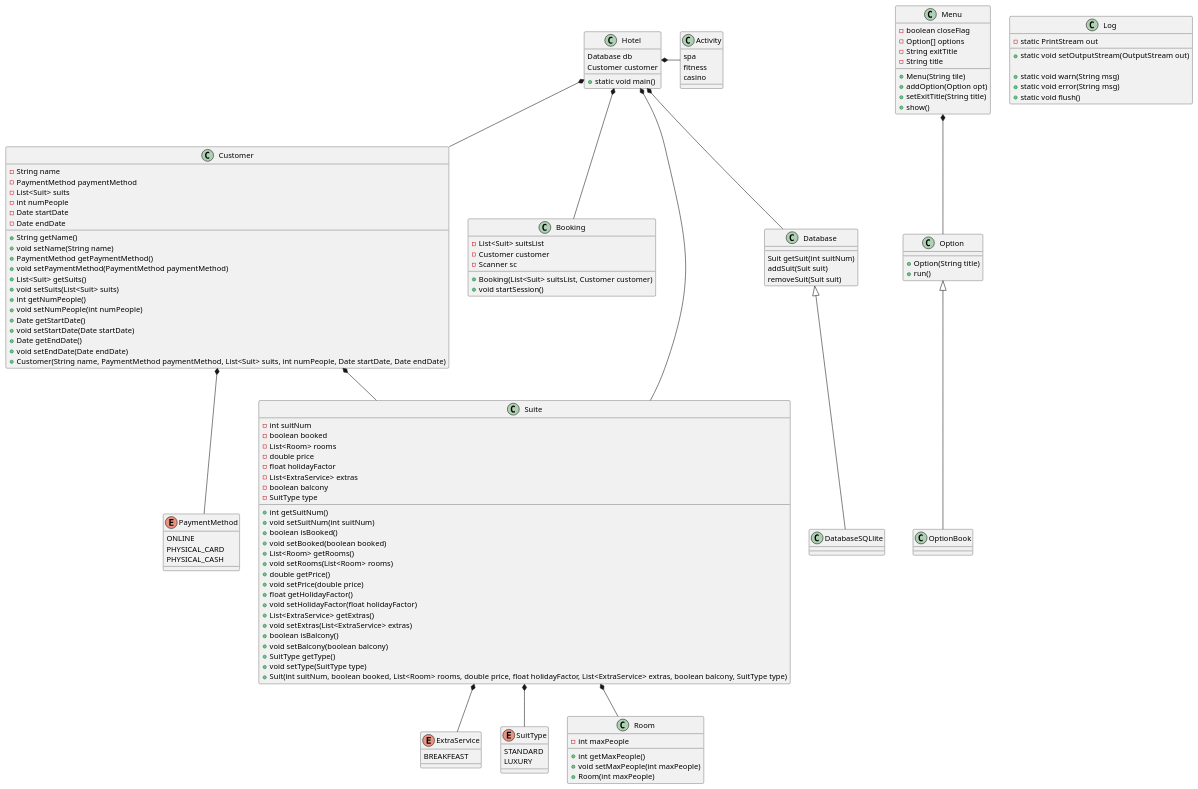
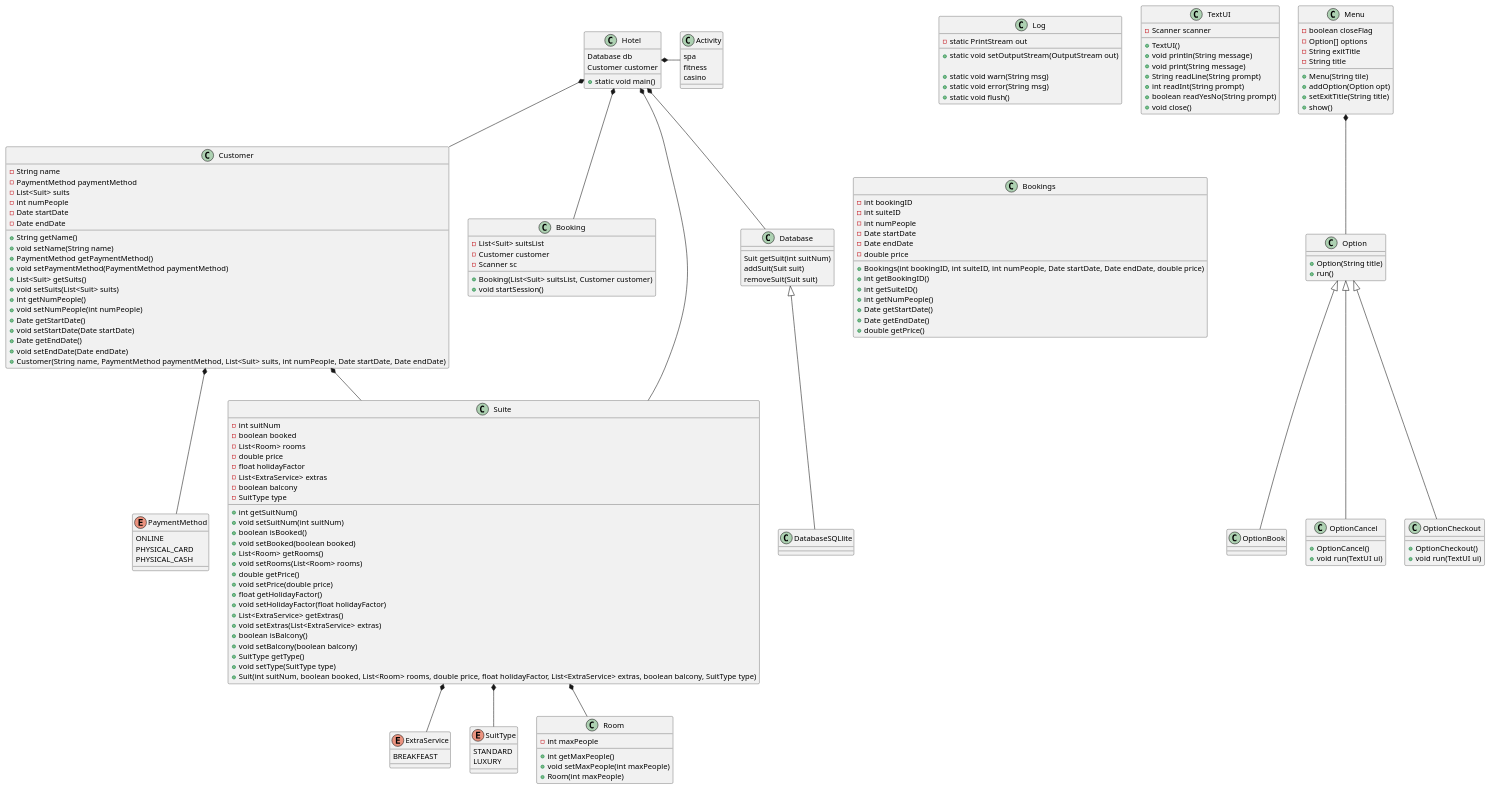
The diagram in doc/class.puml (AsgerLA/SP4), drawn with PlantUML before and after one commit. The commit also changed 3 other files, not shown here.

```diff
--- a/doc/class.puml
+++ b/doc/class.puml
@@ -1,138 +1,174 @@
 @startuml
 
 class Menu {
     - boolean closeFlag
     - Option[] options
     - String exitTitle
     - String title
 
     + Menu(String tile)
     + addOption(Option opt)
     + setExitTitle(String title)
     + show()
 }
 
 class Option {
     + Option(String title)
     + run()
 }
 Menu *-- Option
 class OptionBook extends Option {}
 
 class Hotel {
     Database db
     Customer customer
     + static void main()
 }
 enum PaymentMethod {
     ONLINE
     PHYSICAL_CARD
     PHYSICAL_CASH
 }
 class Customer {
     - String name
     - PaymentMethod paymentMethod
     - List<Suit> suits
     - int numPeople
     - Date startDate
     - Date endDate
     + String getName()
         + void setName(String name)
         + PaymentMethod getPaymentMethod()
         + void setPaymentMethod(PaymentMethod paymentMethod)
         + List<Suit> getSuits()
         + void setSuits(List<Suit> suits)
         + int getNumPeople()
         + void setNumPeople(int numPeople)
         + Date getStartDate()
         + void setStartDate(Date startDate)
         + Date getEndDate()
         + void setEndDate(Date endDate)
         + Customer(String name, PaymentMethod paymentMethod, List<Suit> suits, int numPeople, Date startDate, Date endDate)
 }
 
 class Activity {
     spa
     fitness
     casino
 }
 class Booking {
      - List<Suit> suitsList
      - Customer customer
      - Scanner sc
      + Booking(List<Suit> suitsList, Customer customer)
      + void startSession()
  }
 
 
 enum ExtraService {
     BREAKFEAST
 }
 class Suite {
     - int suitNum
     - boolean booked
     - List<Room> rooms
     - double price
     - float holidayFactor
     - List<ExtraService> extras
     - boolean balcony
     - SuitType type
     + int getSuitNum()
         + void setSuitNum(int suitNum)
         + boolean isBooked()
         + void setBooked(boolean booked)
         + List<Room> getRooms()
         + void setRooms(List<Room> rooms)
         + double getPrice()
         + void setPrice(double price)
         + float getHolidayFactor()
         + void setHolidayFactor(float holidayFactor)
         + List<ExtraService> getExtras()
         + void setExtras(List<ExtraService> extras)
         + boolean isBalcony()
         + void setBalcony(boolean balcony)
         + SuitType getType()
         + void setType(SuitType type)
         + Suit(int suitNum, boolean booked, List<Room> rooms, double price, float holidayFactor, List<ExtraService> extras, boolean balcony, SuitType type)
 }
 enum SuitType {
     STANDARD
     LUXURY
 }
 class Room {
     - int maxPeople
     + int getMaxPeople()
     + void setMaxPeople(int maxPeople)
     + Room(int maxPeople)
 }
 
 class Database {
     Suit getSuit(int suitNum)
     addSuit(Suit suit)
     removeSuit(Suit suit)
 }
 
 class DatabaseSQLlite extends Database {
 
 }
 
 class Log {
     - static PrintStream out
     + static void setOutputStream(OutputStream out)
 
     + static void warn(String msg)
     + static void error(String msg)
     + static void flush()
 }
+class TextUI {
+    - Scanner scanner
+
+    + TextUI()
+    + void println(String message)
+    + void print(String message)
+    + String readLine(String prompt)
+    + int readInt(String prompt)
+    + boolean readYesNo(String prompt)
+    + void close()
+}
+class Bookings {
+    - int bookingID
+    - int suiteID
+    - int numPeople
+    - Date startDate
+    - Date endDate
+    - double price
+
+    + Bookings(int bookingID, int suiteID, int numPeople, Date startDate, Date endDate, double price)
+    + int getBookingID()
+    + int getSuiteID()
+    + int getNumPeople()
+    + Date getStartDate()
+    + Date getEndDate()
+    + double getPrice()
+}
+class OptionCancel extends Option {
+    + OptionCancel()
+    + void run(TextUI ui)
+}
+class OptionCheckout extends Option {
+    + OptionCheckout()
+    + void run(TextUI ui)
+}
+
 
 Hotel *- Activity
 Hotel *-- Database
 Customer *-- PaymentMethod
 Customer *-- Suite
 Suite *-- Room
 Suite *-- ExtraService
 Suite *-- SuitType
 Hotel *-- Suite
 Hotel *-- Customer
 Hotel *-- Booking
 @enduml
```
